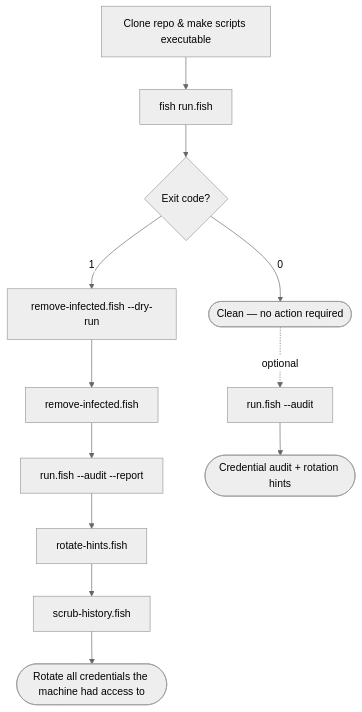
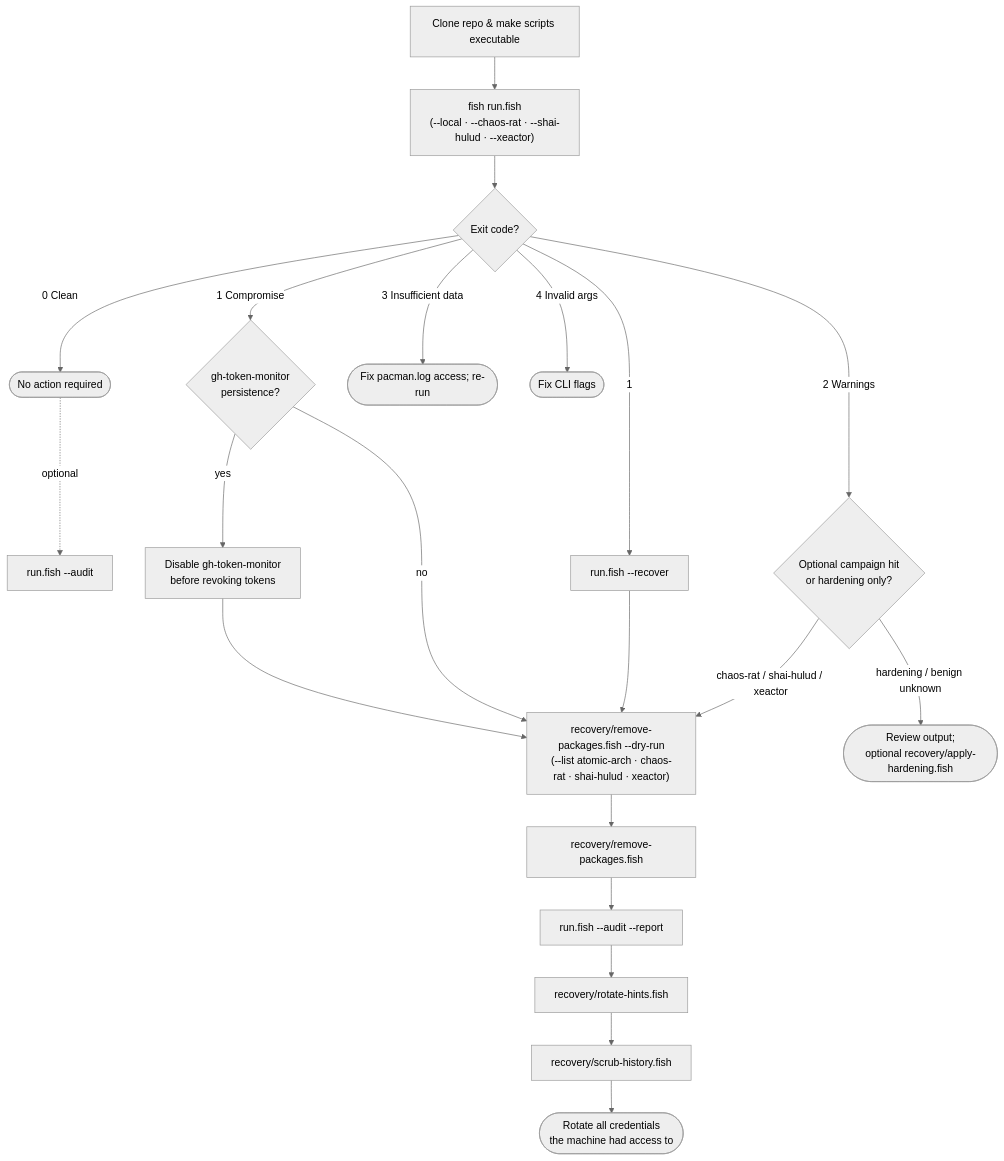
One commit to bolens/aur-response-toolkit changed the diagram in README.md. Above: the diagram before and after it, drawn with Mermaid (neutral theme). The commit also changed other lines of this file and 140 other files, not shown here.

````diff
--- a/README.md
+++ b/README.md
@@ -27,16 +27,30 @@
 ```mermaid
 flowchart TD
-    A[Clone repo & make scripts executable] --> B["fish run.fish"]
+    A[Clone repo & make scripts executable] --> B["fish run.fish<br/>(--local · --chaos-rat · --shai-hulud · --xeactor)"]
     B --> C{Exit code?}
 
-    C -->|0| D([Clean — no action required])
-    C -->|1| E["remove-infected.fish --dry-run"]
-    E --> F[remove-infected.fish]
-    F --> G["run.fish --audit --report"]
-    G --> H[rotate-hints.fish]
-    H --> I["scrub-history.fish"]
-    I --> J([Rotate all credentials the machine had access to])
+    C -->|0 Clean| D([No action required])
+    D -.->|optional| E["run.fish --audit"]
 
-    D -.->|optional| K["run.fish --audit"]
-    K --> L([Credential audit + rotation hints])
+    C -->|1 Compromise| F{gh-token-monitor<br/>persistence?}
+    F -->|yes| G[Disable gh-token-monitor<br/>before revoking tokens]
+    G --> REC
+    F -->|no| REC
+
+    REC["recovery/remove-packages.fish --dry-run<br/>(--list atomic-arch · chaos-rat · shai-hulud · xeactor)"]
+    REC --> REM[recovery/remove-packages.fish]
+    REM --> AUD["run.fish --audit --report"]
+    AUD --> ROT[recovery/rotate-hints.fish]
+    ROT --> SCR[recovery/scrub-history.fish]
+    SCR --> DONE([Rotate all credentials<br/>the machine had access to])
+
+    C -->|1| WIZ["run.fish --recover"]
+    WIZ --> REC
+
+    C -->|2 Warnings| H{Optional campaign hit<br/>or hardening only?}
+    H -->|chaos-rat / shai-hulud / xeactor| REC
+    H -->|hardening / benign unknown| I([Review output;<br/>optional recovery/apply-hardening.fish])
+
+    C -->|3 Insufficient data| J([Fix pacman.log access; re-run])
+    C -->|4 Invalid args| K([Fix CLI flags])
 ```
````
